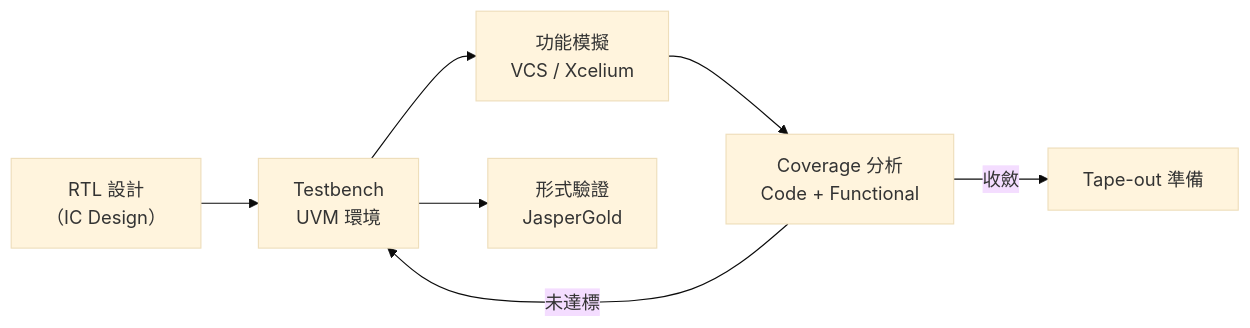
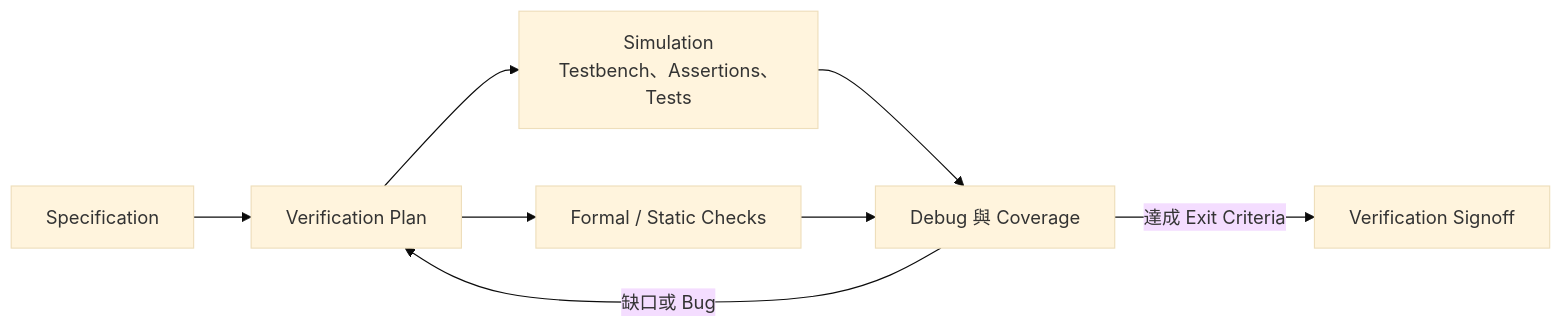
Before and after one commit to wizardhsiehcom/book: the first of 2 diagrams in docs/semi-jobs/03-verification.md, drawn with Mermaid (base theme). The commit also changed other lines of this file and 5 other files, not shown here.

````diff
--- a/docs/semi-jobs/03-verification.md
+++ b/docs/semi-jobs/03-verification.md
@@ -7,9 +7,10 @@
 ```mermaid
 flowchart LR
-    RTL["RTL 設計<br/>（IC Design）"] --> TB["Testbench<br/>UVM 環境"]
-    TB --> SIM["功能模擬<br/>VCS / Xcelium"]
-    TB --> FORM["形式驗證<br/>JasperGold"]
-    SIM --> COV["Coverage 分析<br/>Code + Functional"]
-    COV -->|"未達標"| TB
-    COV -->|"收斂"| TAPE["Tape-out 準備"]
+    SPEC["Specification"] --> PLAN["Verification Plan"]
+    PLAN --> SIM["Simulation<br/>Testbench、Assertions、Tests"]
+    PLAN --> FORM["Formal / Static Checks"]
+    SIM --> DBG["Debug 與 Coverage"]
+    FORM --> DBG
+    DBG -->|"缺口或 Bug"| PLAN
+    DBG -->|"達成 Exit Criteria"| SIGN["Verification Signoff"]
 ```
````
